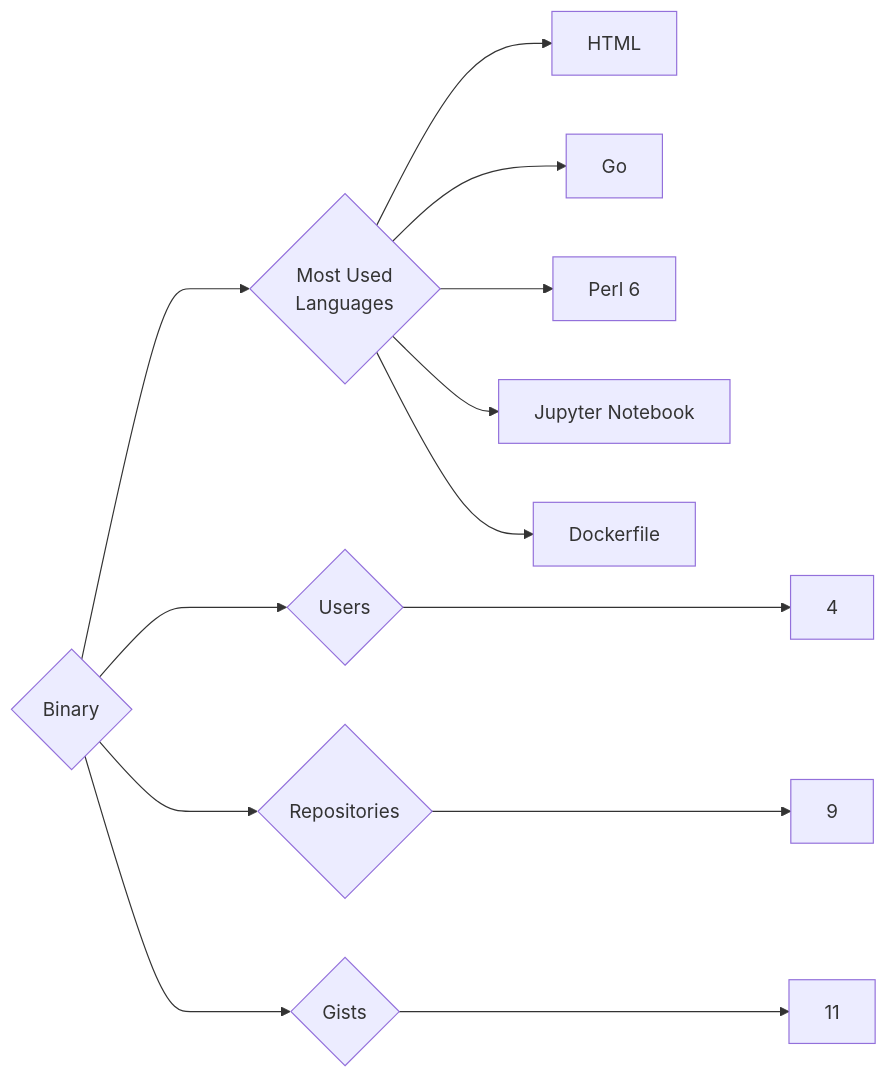
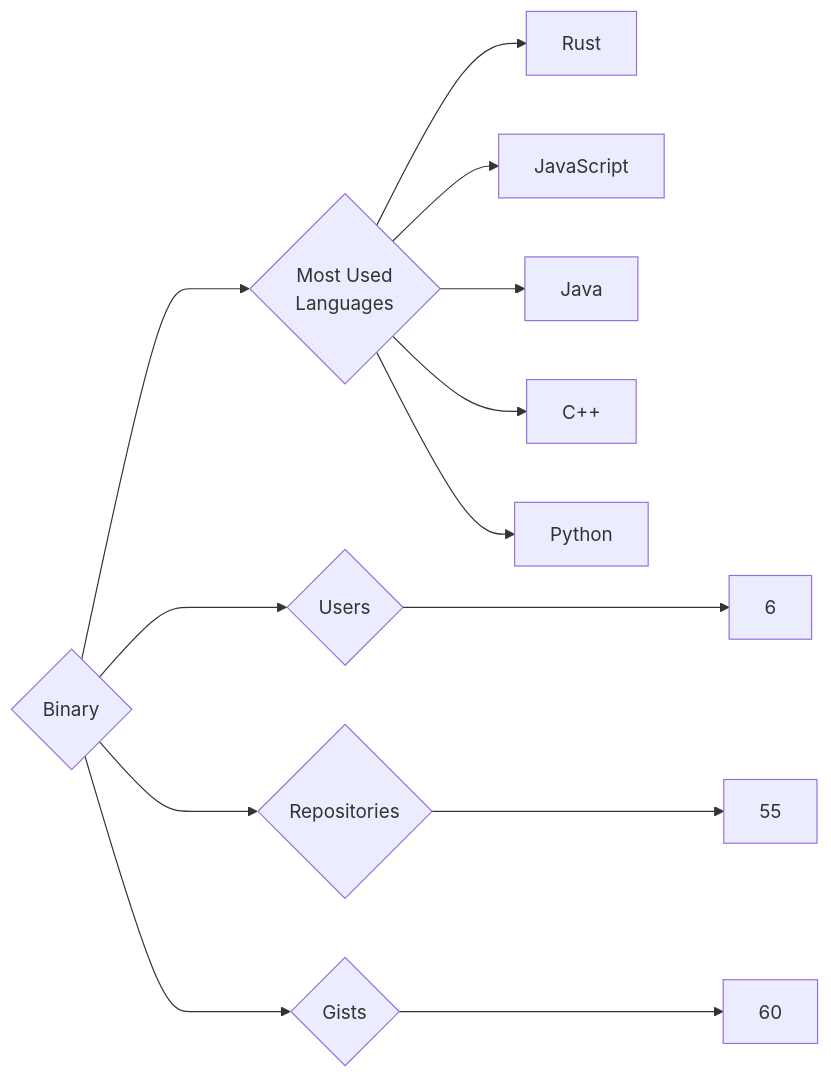
One commit to trickest/insiders changed the diagram in targets/Binary/README.md. Above: the diagram before and after it, drawn with Mermaid. The commit also changed 1166 other files, not shown here.

````diff
--- a/targets/Binary/README.md
+++ b/targets/Binary/README.md
@@ -3,13 +3,13 @@
 ```mermaid
 graph LR
 COMPANY_NAME{Binary}
-COMPANY_NAME ---> U{Users} ---> UN[4]
-COMPANY_NAME ---> R{Repositories} ---> RN[9]
-COMPANY_NAME ---> G{Gists} ---> GN[11]
+COMPANY_NAME ---> U{Users} ---> UN[6]
+COMPANY_NAME ---> R{Repositories} ---> RN[55]
+COMPANY_NAME ---> G{Gists} ---> GN[60]
 COMPANY_NAME ---> ML{Most Used<br>Languages}
-ML --> HTML[HTML]
-ML --> Go[Go]
-ML --> Perl_6[Perl 6]
-ML --> Jupyter_Notebook[Jupyter Notebook]
-ML --> Dockerfile[Dockerfile]
+ML --> Rust[Rust]
+ML --> JavaScript[JavaScript]
+ML --> Java[Java]
+ML --> C++[C++]
+ML --> Python[Python]
 ```
````
